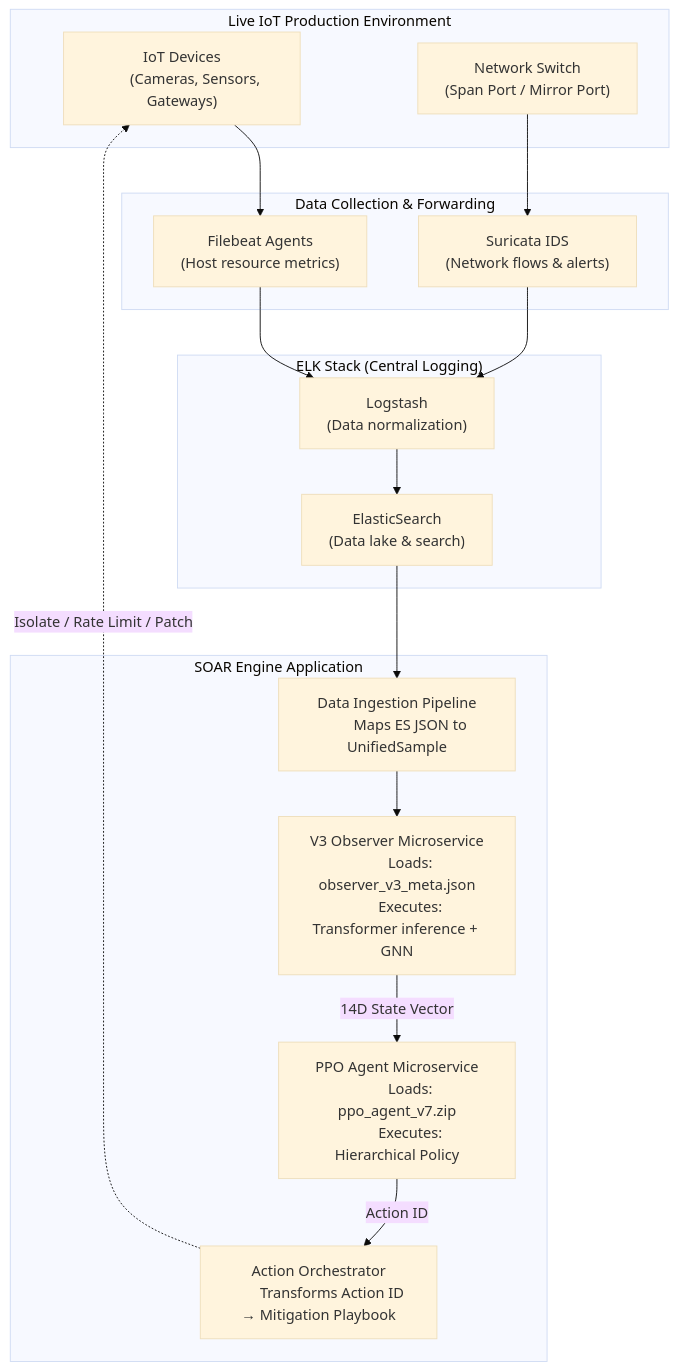
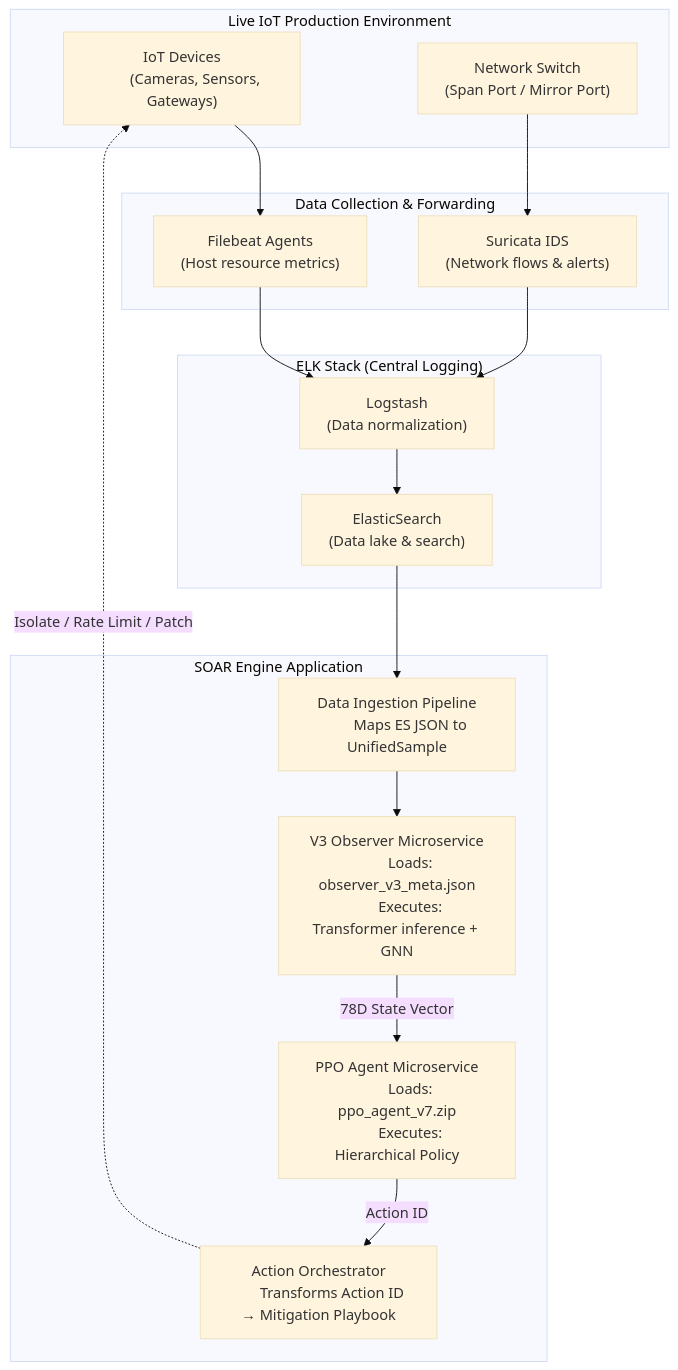
Before and after one commit to didi-09/AI_DRIVEN_SOAR: diagram 15 of 15 in README.md, drawn with Mermaid (base theme). The commit also changed other lines of this file, not shown here.

First line of the commit message:
Revise state vector to 78D and update reward function

````diff
--- a/README.md
+++ b/README.md
@@ -896,49 +892,49 @@
 ```mermaid
 flowchart TD
     subgraph LIVE_NETWORK["Live IoT Production Environment"]
         IOT["IoT Devices
         (Cameras, Sensors, Gateways)"]
         SPAN["Network Switch
         (Span Port / Mirror Port)"]
     end
 
     subgraph TELEMETRY["Data Collection & Forwarding"]
         FB["Filebeat Agents
         (Host resource metrics)"]
         SURI["Suricata IDS
         (Network flows & alerts)"]
     end
 
     subgraph ELK["ELK Stack (Central Logging)"]
         LS["Logstash
         (Data normalization)"]
         ES["ElasticSearch
         (Data lake & search)"]
     end
 
     subgraph SOAR["SOAR Engine Application"]
         INGEST["Data Ingestion Pipeline
         Maps ES JSON to UnifiedSample"]
         
         OBS_SVC["V3 Observer Microservice
         Loads: observer_v3_meta.json
         Executes: Transformer inference + GNN"]
 
         PPO_SVC["PPO Agent Microservice
         Loads: ppo_agent_v7.zip
         Executes: Hierarchical Policy"]
 
         ACT_SVC["Action Orchestrator
         Transforms Action ID → Mitigation Playbook"]
     end
 
     IOT --> FB
     SPAN --> SURI
     FB & SURI --> LS
     LS --> ES
     ES --> INGEST
     INGEST --> OBS_SVC
-    OBS_SVC -->|14D State Vector| PPO_SVC
+    OBS_SVC -->|78D State Vector| PPO_SVC
     PPO_SVC -->|Action ID| ACT_SVC
     ACT_SVC -.->|Isolate / Rate Limit / Patch| IOT
 ```
````
